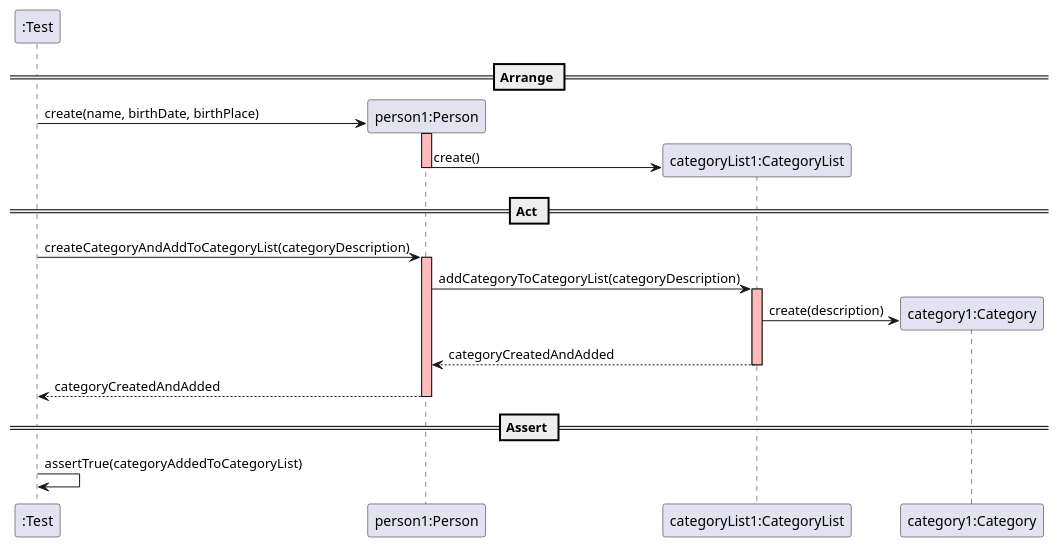
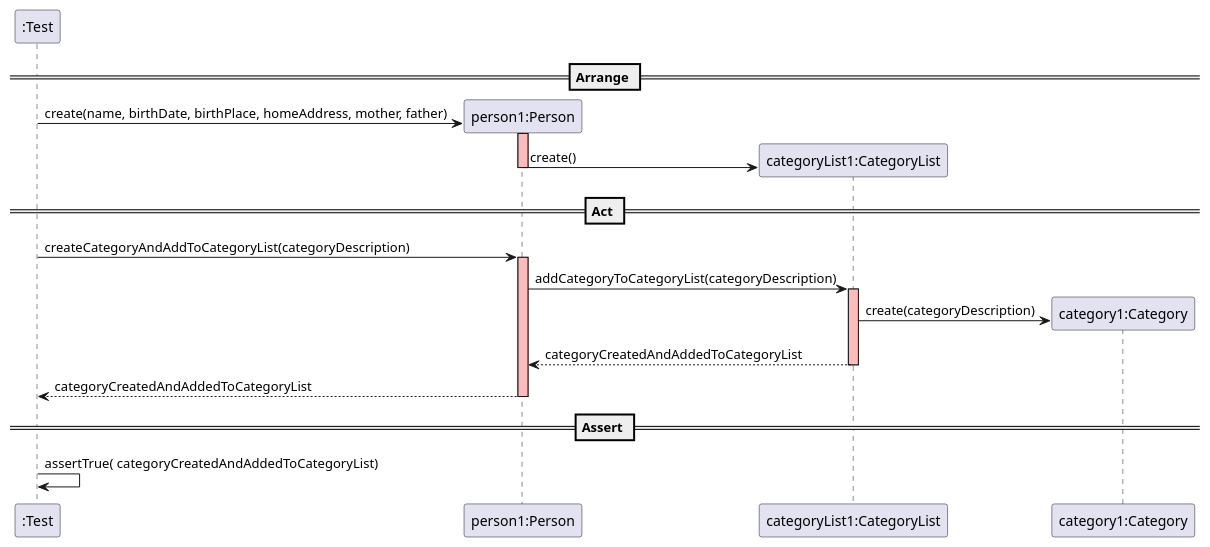
Before and after one commit to mleitaoribeiro/DevOpsMaven: the diagram in docs/SequenceDiagram - US005.puml, drawn with PlantUML. The commit also changed 2 other files, not shown here.

Commit message:
fix #393 update sequence diagram

```diff
--- a/docs/SequenceDiagram - US005.puml
+++ b/docs/SequenceDiagram - US005.puml
@@ -1,23 +1,23 @@
 @startuml
 create ":Test"
 == Arrange ==
 create "person1:Person"
-":Test" -> "person1:Person" : create(name, birthDate, birthPlace)
+":Test" -> "person1:Person" : create(name, birthDate, birthPlace, homeAddress, mother, father)
 activate "person1:Person" #FFBBBB
 create "categoryList1:CategoryList"
 "person1:Person" -> "categoryList1:CategoryList" :  create()
 deactivate "person1:Person" #FFBBBB
 == Act ==
 ":Test" -> "person1:Person" : createCategoryAndAddToCategoryList(categoryDescription)
 activate "person1:Person" #FFBBBB
 "person1:Person" -> "categoryList1:CategoryList" : addCategoryToCategoryList(categoryDescription)
 activate "categoryList1:CategoryList" #FFBBBB
 create "category1:Category"
-"categoryList1:CategoryList" -> "category1:Category" : create(description)
-"categoryList1:CategoryList" --> "person1:Person" : categoryCreatedAndAdded
+"categoryList1:CategoryList" -> "category1:Category" : create(categoryDescription)
+"categoryList1:CategoryList" --> "person1:Person" : categoryCreatedAndAddedToCategoryList
 deactivate "categoryList1:CategoryList" #FFBBBB
-"person1:Person" --> ":Test" : categoryCreatedAndAdded
+"person1:Person" --> ":Test" :  categoryCreatedAndAddedToCategoryList
 deactivate "person1:Person" #FFBBBB
 == Assert ==
-":Test" -> ":Test" : assertTrue(categoryAddedToCategoryList)
+":Test" -> ":Test" : assertTrue( categoryCreatedAndAddedToCategoryList)
 @enduml
```
